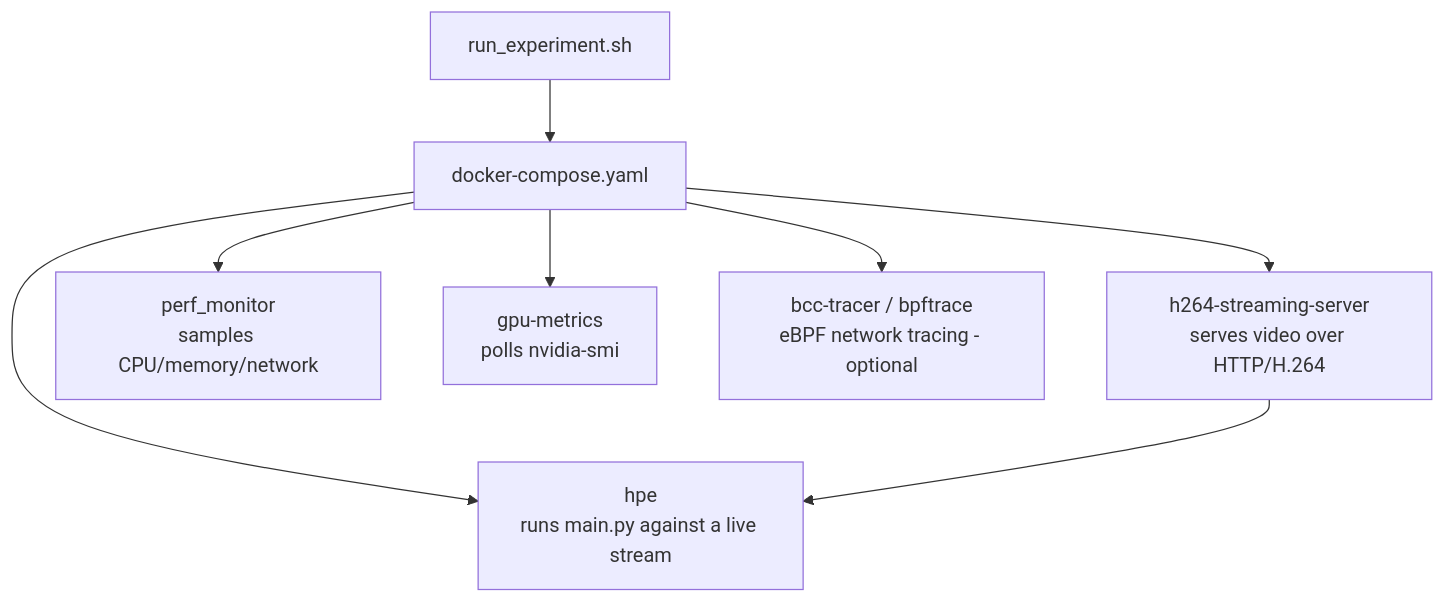
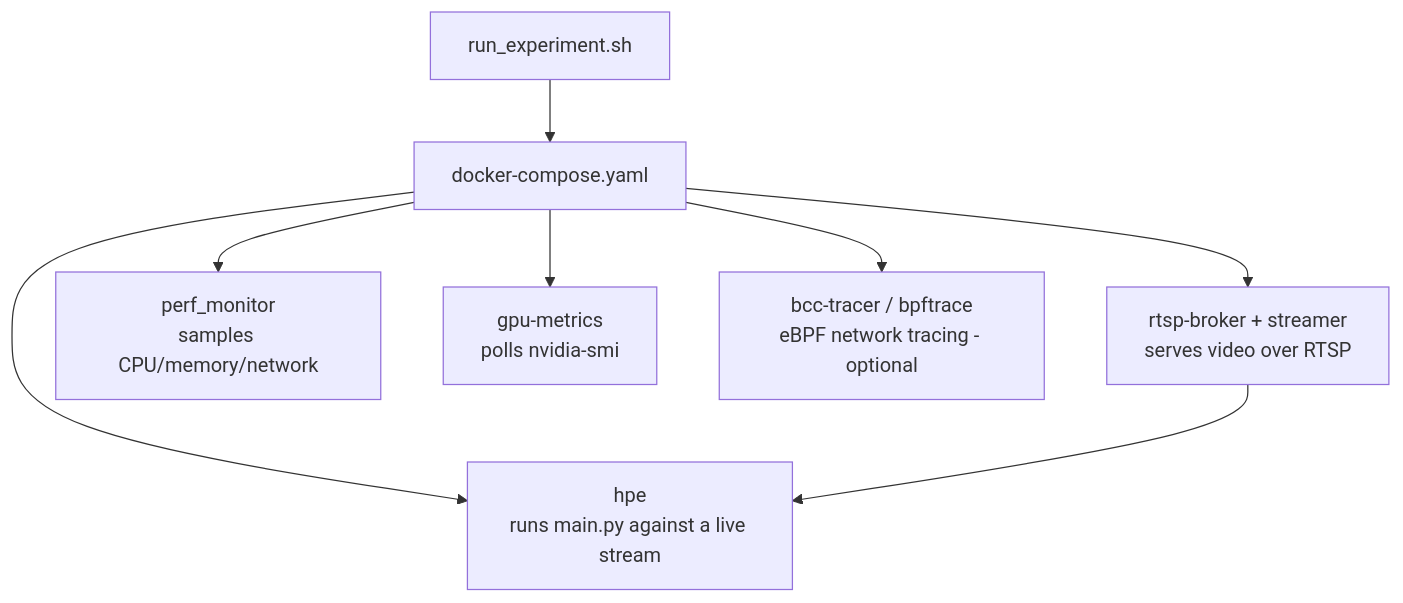
One commit to Fogus-Gr/MeasurementsDTs changed the diagram in README.md. Above: the diagram before and after it, drawn with Mermaid. The commit also changed other lines of this file and 3 other files, not shown here.

````diff
--- a/README.md
+++ b/README.md
@@ -226,10 +226,10 @@
 ```mermaid
 graph TD
     A[run_experiment.sh] --> B[docker-compose.yaml]
     B --> C[hpe\nruns main.py against a live stream]
-    B --> D[h264-streaming-server\nserves video over HTTP/H.264]
+    B --> D[rtsp-broker + streamer\nserves video over RTSP]
     B --> E[perf_monitor\nsamples CPU/memory/network]
     B --> F[gpu-metrics\npolls nvidia-smi]
     B --> G[bcc-tracer / bpftrace\neBPF network tracing - optional]
     D --> C
 ```
````
